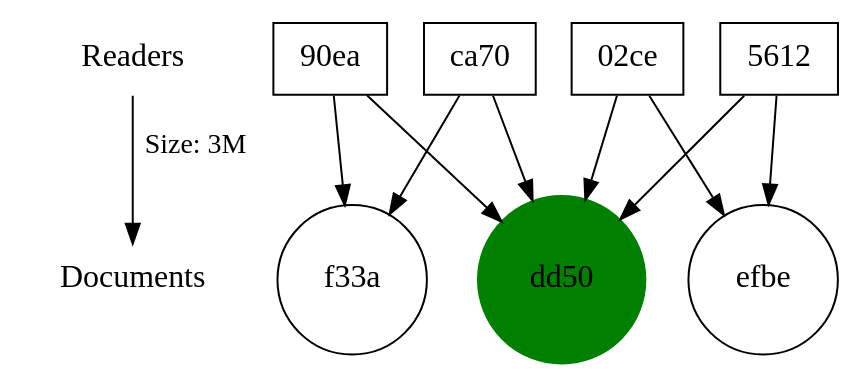
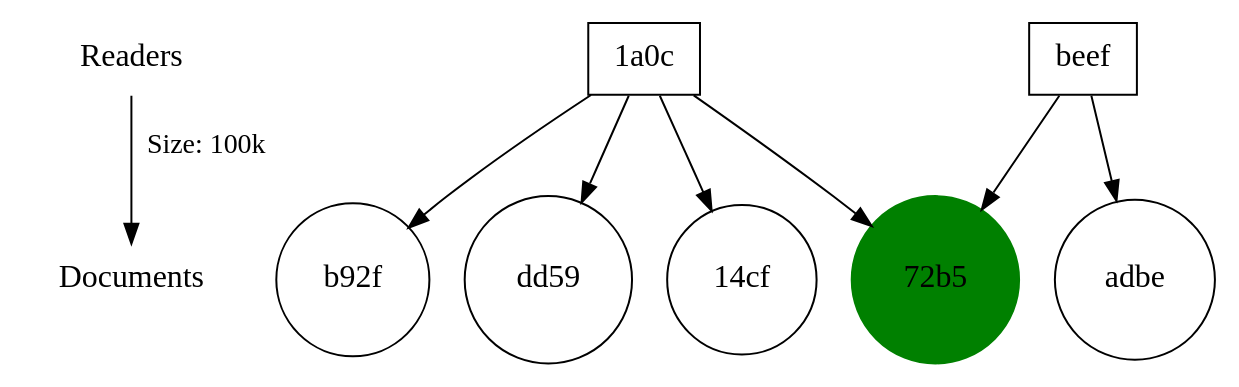
Before and after one commit to duncstin/F21SC_Coursework2: the diagram in test-output.gv, drawn with Graphviz. The commit also changed 6 other files, not shown here.

```diff
--- a/test-output.gv
+++ b/test-output.gv
@@ -1,30 +1,23 @@
 strict digraph "Also likes" {
 	node [fontsize=16 shape=plaintext]
 	r [label=Readers]
 	d [label=Documents]
-	r -> d [label="Size: 3M"]
-	dd50 [label=dd50 color=green rank=d shape=circle style=filled]
-	f33a [label=f33a rank=d shape=circle]
-	ca70 [label=ca70 rank=r shape=box]
-	ca70 -> f33a
-	ca70 -> dd50
-	"90ea" [label="90ea" rank=r shape=box]
-	"90ea" -> f33a
-	"90ea" -> dd50
-	"90ea" [label="90ea" rank=r shape=box]
-	"90ea" -> f33a
-	"90ea" -> dd50
-	"90ea" [label="90ea" rank=r shape=box]
-	"90ea" -> f33a
-	"90ea" -> dd50
-	"90ea" [label="90ea" rank=r shape=box]
-	"90ea" -> f33a
-	"90ea" -> dd50
-	efbe [label=efbe rank=d shape=circle]
-	5612 [label=5612 rank=r shape=box]
-	5612 -> efbe
-	5612 -> dd50
-	"02ce" [label="02ce" rank=r shape=box]
-	"02ce" -> efbe
-	"02ce" -> dd50
+	r -> d [label="Size: 100k"]
+	"72b5" [label="72b5" color=green rank=d shape=circle style=filled]
+	"14cf" [label="14cf" rank=d shape=circle]
+	"1a0c" [label="1a0c" rank=r shape=box]
+	"1a0c" -> "14cf"
+	"1a0c" -> "72b5"
+	b92f [label=b92f rank=d shape=circle]
+	"1a0c" [label="1a0c" rank=r shape=box]
+	"1a0c" -> b92f
+	"1a0c" -> "72b5"
+	dd59 [label=dd59 rank=d shape=circle]
+	"1a0c" [label="1a0c" rank=r shape=box]
+	"1a0c" -> dd59
+	"1a0c" -> "72b5"
+	adbe [label=adbe rank=d shape=circle]
+	beef [label=beef rank=r shape=box]
+	beef -> adbe
+	beef -> "72b5"
 }
```
